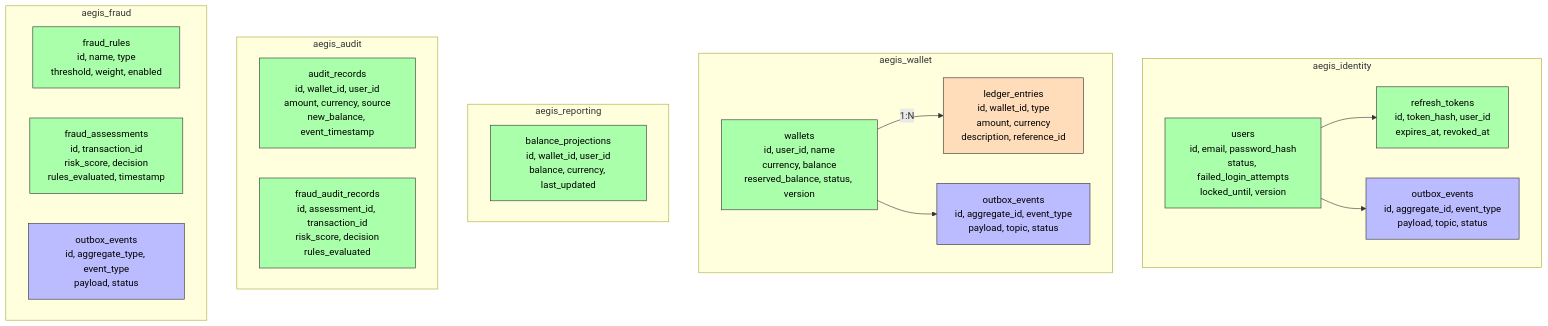
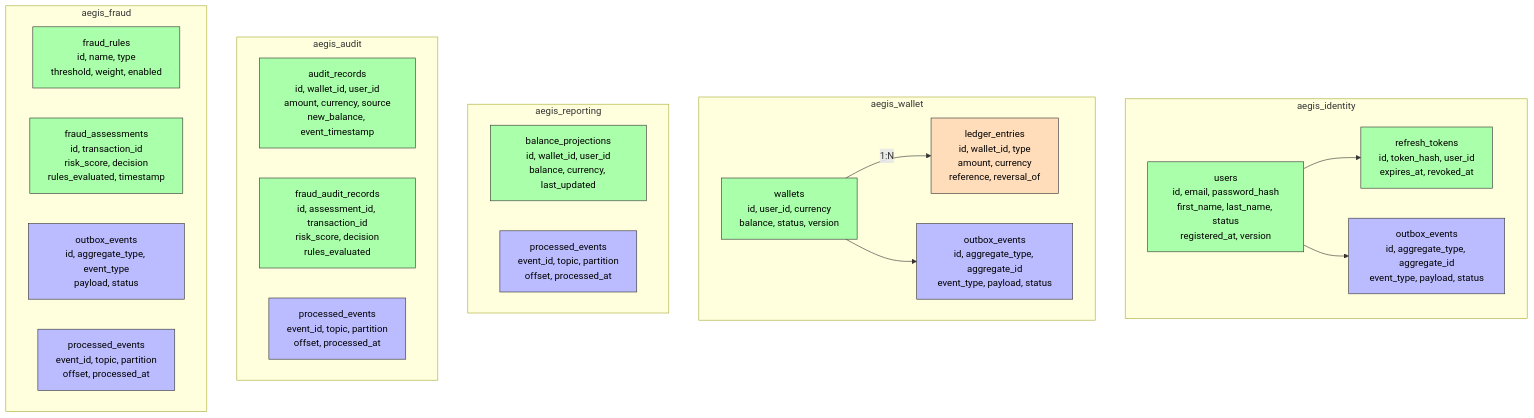
One commit to AlexAlvarezGallardo-GitHub/Aegis changed the diagram in docs/obsidian/05 - Infrastructure/Database Schema.md. Above: the diagram before and after it, drawn with Mermaid. The commit also changed other lines of this file and 87 other files, not shown here.

````diff
--- a/docs/obsidian/05 - Infrastructure/Database Schema.md
+++ b/docs/obsidian/05 - Infrastructure/Database Schema.md
@@ -9,41 +9,47 @@
 ```mermaid
 graph TB
     subgraph "aegis_identity"
-        Users["users<br/>id, email, password_hash<br/>status, failed_login_attempts<br/>locked_until, version"]
+        Users["users<br/>id, email, password_hash<br/>first_name, last_name, status<br/>registered_at, version"]
         Tokens["refresh_tokens<br/>id, token_hash, user_id<br/>expires_at, revoked_at"]
-        OutboxI["outbox_events<br/>id, aggregate_id, event_type<br/>payload, topic, status"]
+        OutboxI["outbox_events<br/>id, aggregate_type, aggregate_id<br/>event_type, payload, status"]
     end
     subgraph "aegis_wallet"
-        Wallets["wallets<br/>id, user_id, name<br/>currency, balance<br/>reserved_balance, status, version"]
-        Ledger["ledger_entries<br/>id, wallet_id, type<br/>amount, currency<br/>description, reference_id"]
-        OutboxW["outbox_events<br/>id, aggregate_id, event_type<br/>payload, topic, status"]
+        Wallets["wallets<br/>id, user_id, currency<br/>balance, status, version"]
+        Ledger["ledger_entries<br/>id, wallet_id, type<br/>amount, currency<br/>reference, reversal_of"]
+        OutboxW["outbox_events<br/>id, aggregate_type, aggregate_id<br/>event_type, payload, status"]
     end
     subgraph "aegis_reporting"
         Projections["balance_projections<br/>id, wallet_id, user_id<br/>balance, currency, last_updated"]
+        ProcEventsR["processed_events<br/>event_id, topic, partition<br/>offset, processed_at"]
     end
     subgraph "aegis_audit"
         AuditRec["audit_records<br/>id, wallet_id, user_id<br/>amount, currency, source<br/>new_balance, event_timestamp"]
         FraudAudit["fraud_audit_records<br/>id, assessment_id, transaction_id<br/>risk_score, decision<br/>rules_evaluated"]
+        ProcEventsA["processed_events<br/>event_id, topic, partition<br/>offset, processed_at"]
     end
     subgraph "aegis_fraud"
         FraudRules["fraud_rules<br/>id, name, type<br/>threshold, weight, enabled"]
         Assessments["fraud_assessments<br/>id, transaction_id<br/>risk_score, decision<br/>rules_evaluated, timestamp"]
         OutboxF["outbox_events<br/>id, aggregate_type, event_type<br/>payload, status"]
+        ProcEventsF["processed_events<br/>event_id, topic, partition<br/>offset, processed_at"]
     end
     Wallets -->|"1:N"| Ledger
     Users --> Tokens
     Users --> OutboxI
     Wallets --> OutboxW
     style Users fill:#afa,stroke:#333,color:#000
     style Tokens fill:#afa,stroke:#333,color:#000
     style Wallets fill:#afa,stroke:#333,color:#000
     style Ledger fill:#fdb,stroke:#333,color:#000
     style OutboxI fill:#bbf,stroke:#333,color:#000
     style OutboxW fill:#bbf,stroke:#333,color:#000
     style Projections fill:#afa,stroke:#333,color:#000
     style AuditRec fill:#afa,stroke:#333,color:#000
     style FraudAudit fill:#afa,stroke:#333,color:#000
     style FraudRules fill:#afa,stroke:#333,color:#000
     style Assessments fill:#afa,stroke:#333,color:#000
     style OutboxF fill:#bbf,stroke:#333,color:#000
+    style ProcEventsR fill:#bbf,stroke:#333,color:#000
+    style ProcEventsA fill:#bbf,stroke:#333,color:#000
+    style ProcEventsF fill:#bbf,stroke:#333,color:#000
 ```
````
